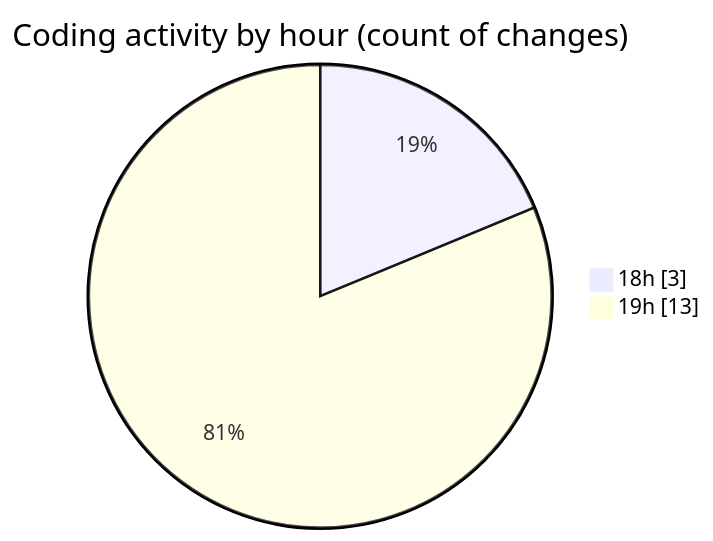
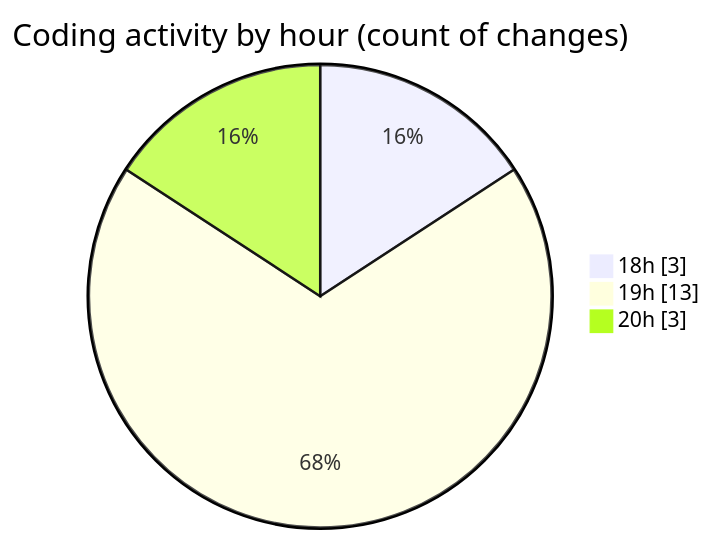
One commit to MatusMokan/code-tracking changed the second of 2 diagrams in 2025-03-20/myws__workspace_/README.md. Above: the diagram before and after it, drawn with Mermaid. The commit also changed other lines of this file and 1 other file, not shown here.

````diff
--- a/2025-03-20/myws__workspace_/README.md
+++ b/2025-03-20/myws__workspace_/README.md
@@ -30,6 +30,7 @@
 ```mermaid
 pie showData
 title Coding activity by hour (count of changes)
 "18h" : 3
 "19h" : 13
+"20h" : 3
 ```
````
